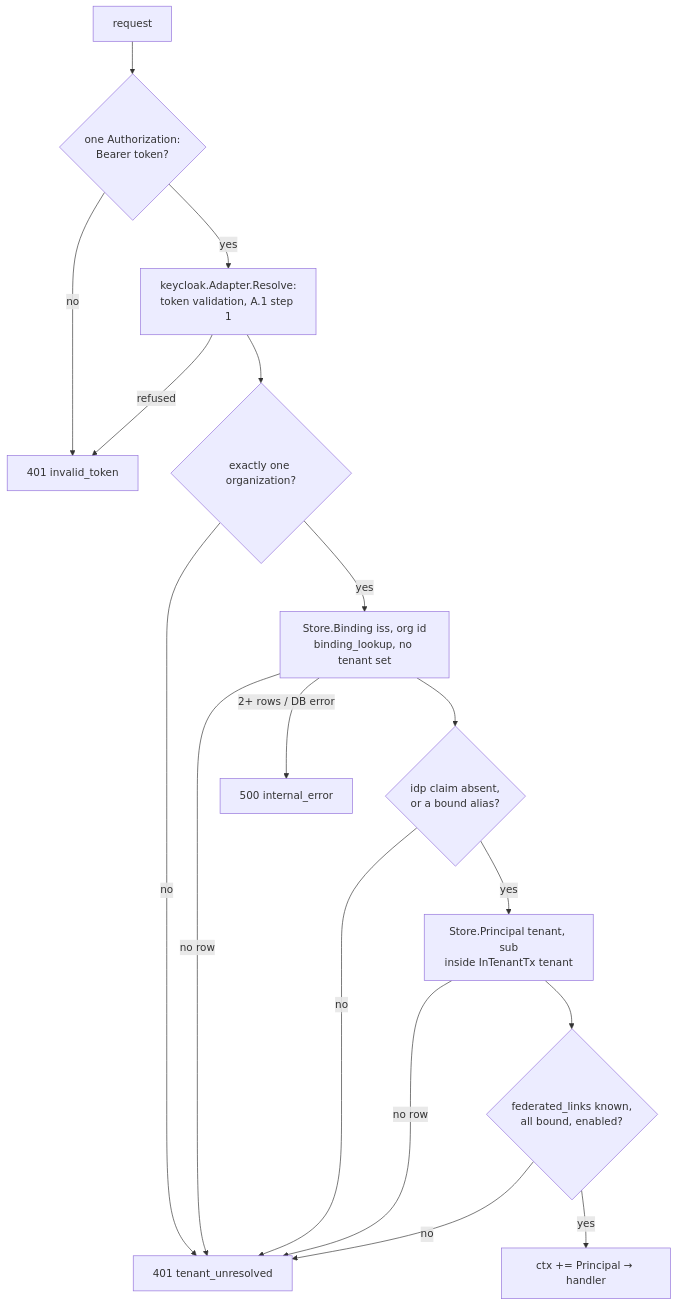
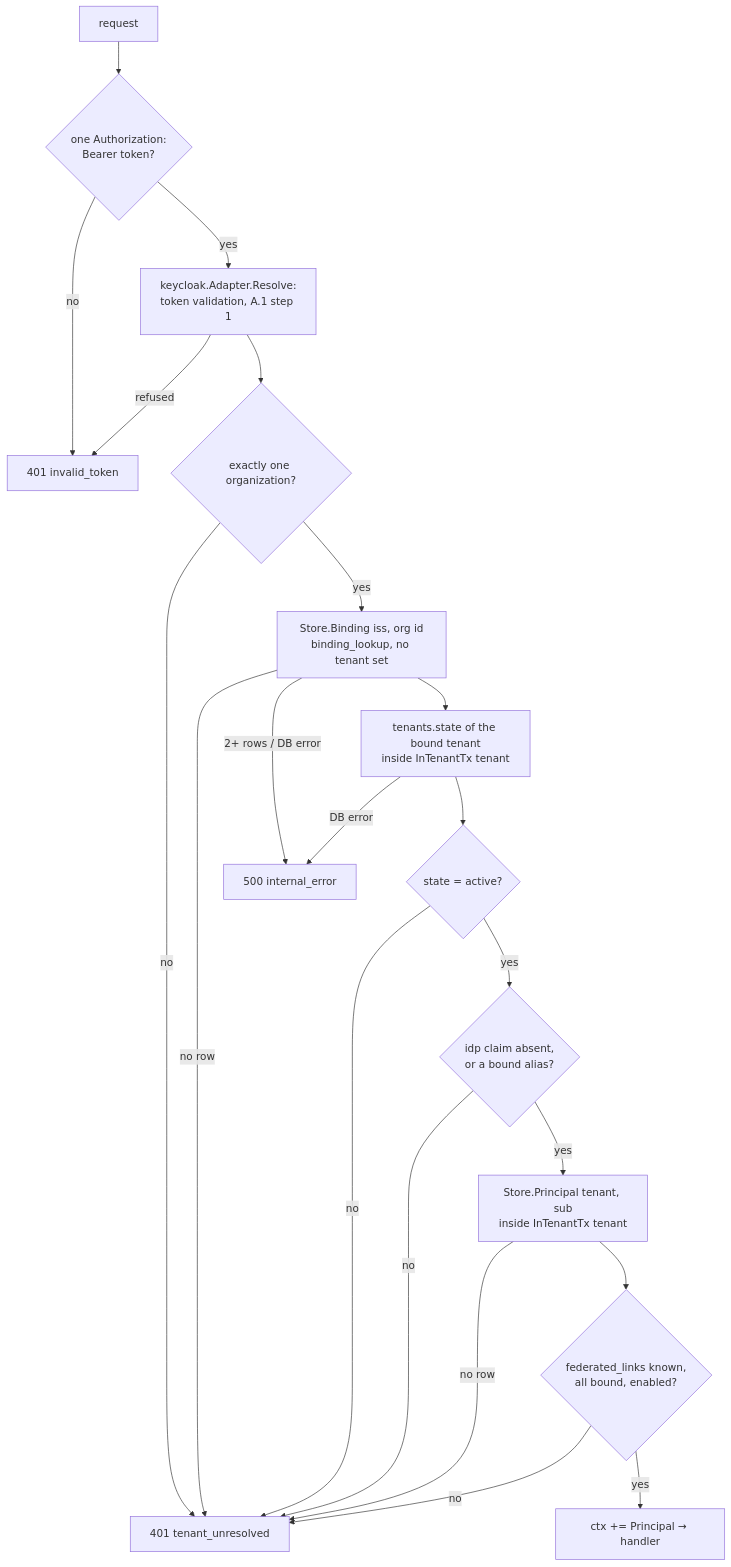
Before and after one commit to Navaladi2019/TicketingSystem: the diagram in docs/architecture/tenant-resolution.md, drawn with Mermaid. The commit also changed other lines of this file and 6 other files, not shown here.

First line of the commit message:
T17a (TICK-189): refuse tokens bound to a non-active tenant

````diff
--- a/docs/architecture/tenant-resolution.md
+++ b/docs/architecture/tenant-resolution.md
@@ -13,19 +14,23 @@
 ```mermaid
 flowchart TD
   R[request] --> H{one Authorization:<br/>Bearer token?}
   H -- no --> I401[401 invalid_token]
   H -- yes --> V[keycloak.Adapter.Resolve:<br/>token validation, A.1 step 1]
   V -- refused --> I401
   V --> O{exactly one organization?}
   O -- no --> U401[401 tenant_unresolved]
   O -- yes --> B[Store.Binding iss, org id<br/>binding_lookup, no tenant set]
   B -- no row --> U401
   B -- 2+ rows / DB error --> E500[500 internal_error]
-  B --> C{idp claim absent,<br/>or a bound alias?}
+  B --> S[tenants.state of the bound tenant<br/>inside InTenantTx tenant]
+  S -- DB error --> E500
+  S --> A{state = active?}
+  A -- no --> U401
+  A -- yes --> C{idp claim absent,<br/>or a bound alias?}
   C -- no --> U401
   C -- yes --> P[Store.Principal tenant, sub<br/>inside InTenantTx tenant]
   P -- no row --> U401
   P --> L{federated_links known,<br/>all bound, enabled?}
   L -- no --> U401
   L -- yes --> OK[ctx += Principal → handler]
 ```
````
